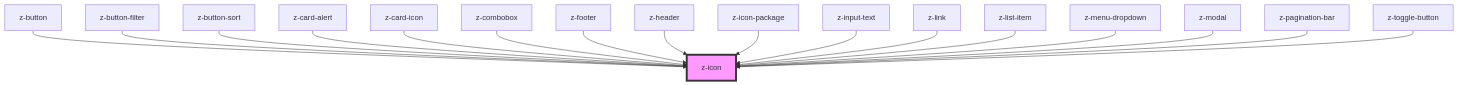
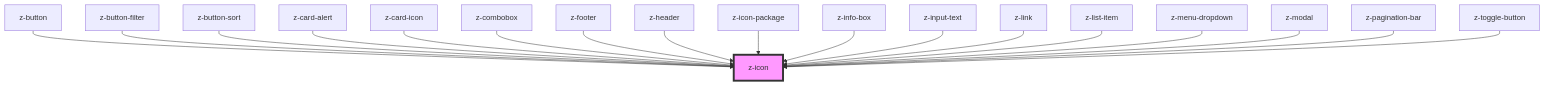
The diagram in web-components-library/src/components/z-icon/readme.md (ZanichelliEditore/design-system), drawn with Mermaid before and after one commit. The commit also changed other lines of this file and 4 other files, not shown here.

Commit message:
MYZ-6966 z-info-box

````diff
--- a/web-components-library/src/components/z-icon/readme.md
+++ b/web-components-library/src/components/z-icon/readme.md
@@ -40,20 +41,21 @@
 ```mermaid
 graph TD;
   z-button --> z-icon
   z-button-filter --> z-icon
   z-button-sort --> z-icon
   z-card-alert --> z-icon
   z-card-icon --> z-icon
   z-combobox --> z-icon
   z-footer --> z-icon
   z-header --> z-icon
   z-icon-package --> z-icon
+  z-info-box --> z-icon
   z-input-text --> z-icon
   z-link --> z-icon
   z-list-item --> z-icon
   z-menu-dropdown --> z-icon
   z-modal --> z-icon
   z-pagination-bar --> z-icon
   z-toggle-button --> z-icon
   style z-icon fill:#f9f,stroke:#333,stroke-width:4px
 ```
````
